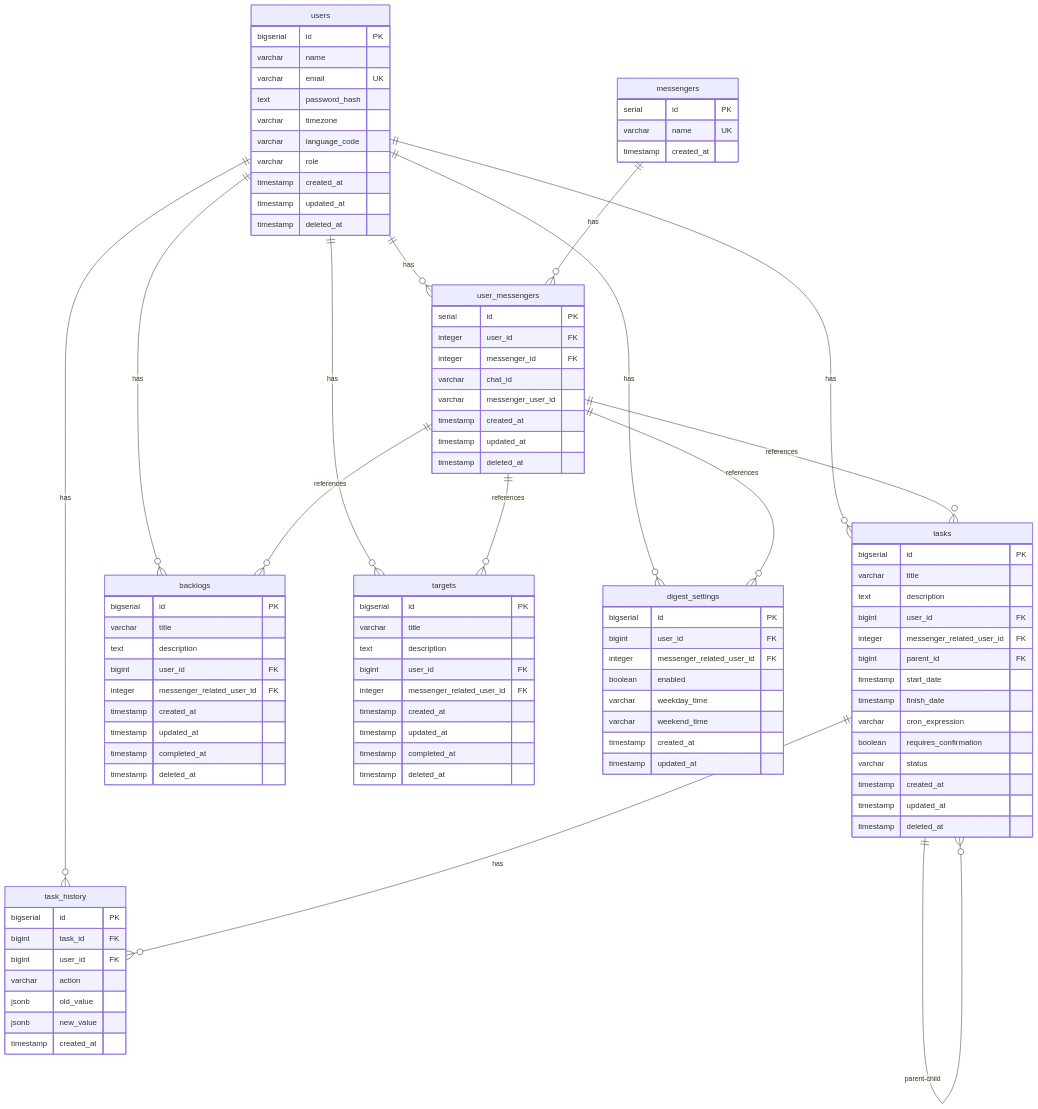
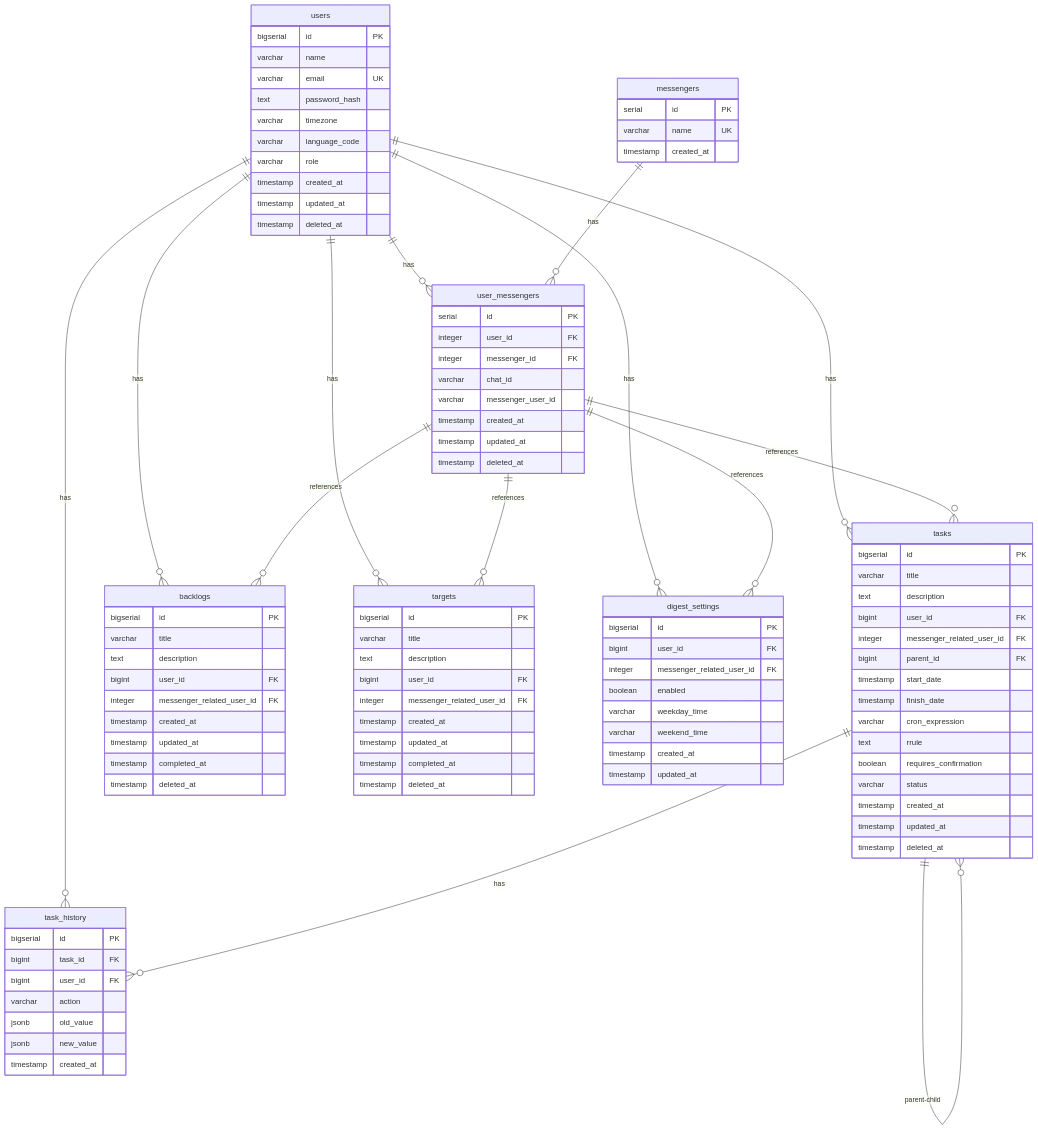
One commit to boskuv/goreminder changed the diagram in README.md. Above: the diagram before and after it, drawn with Mermaid. The commit also changed other lines of this file and 18 other files, not shown here.

```diff
--- a/README.md
+++ b/README.md
@@ -156,6 +156,7 @@
         timestamp start_date
         timestamp finish_date
         varchar cron_expression
+        text rrule
         boolean requires_confirmation
         varchar status
         timestamp created_at
```
